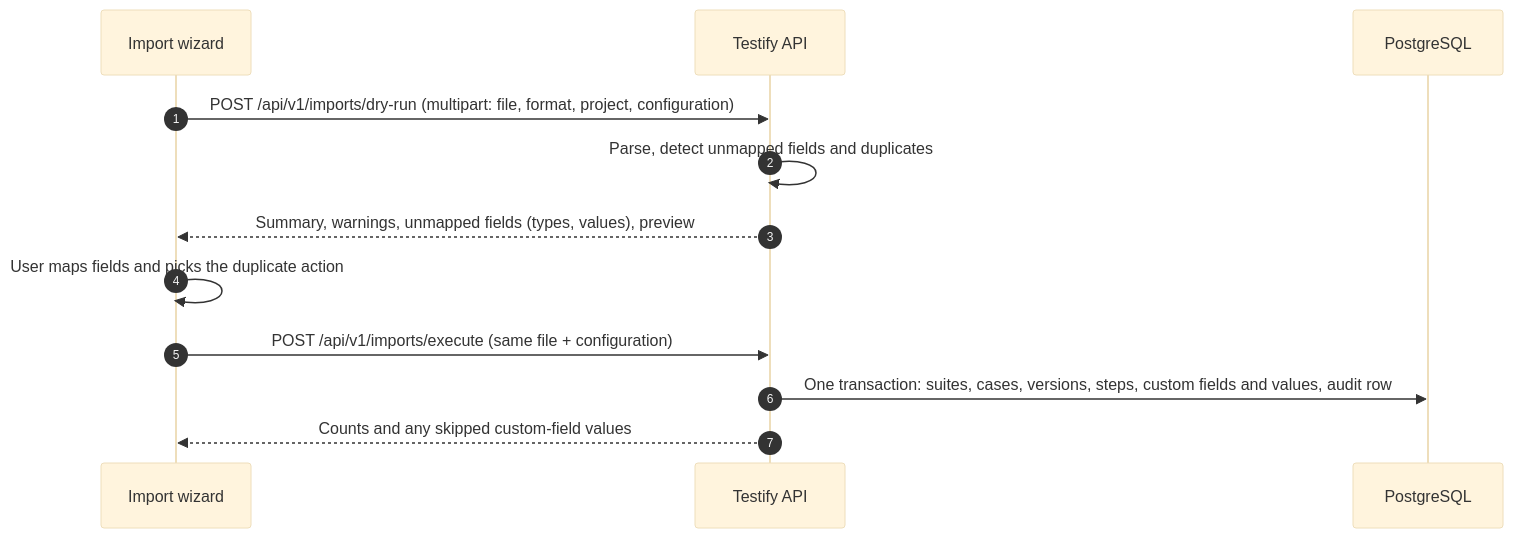
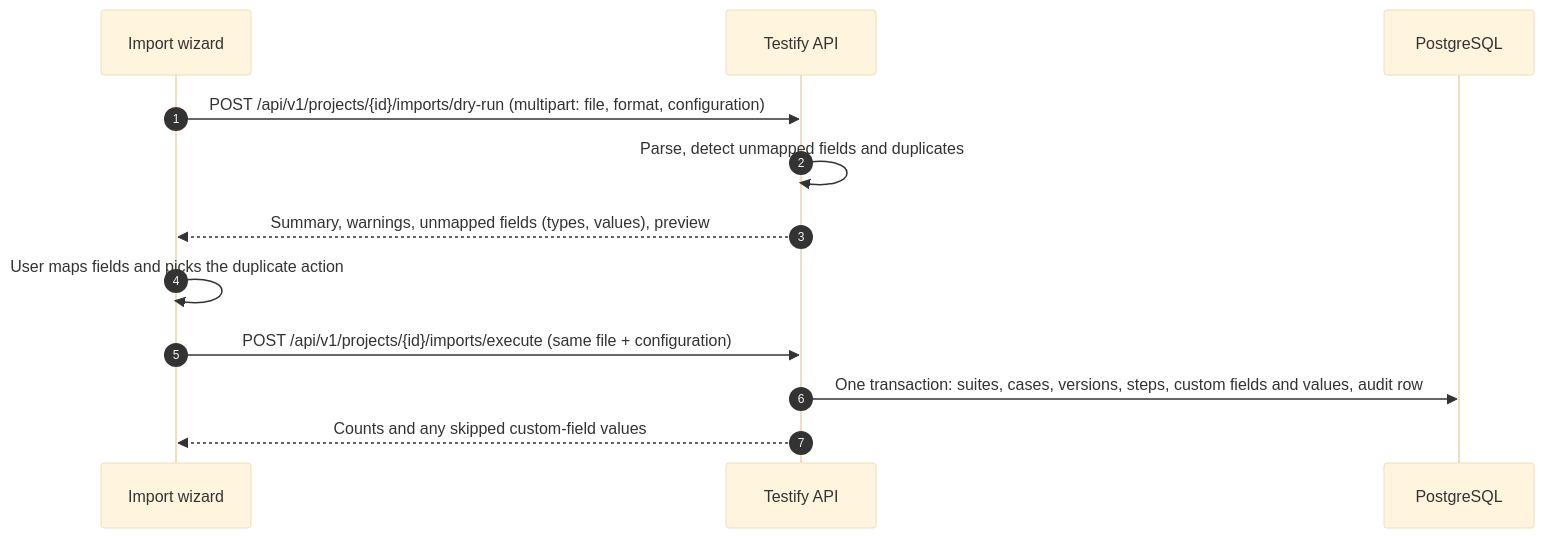
The second of 2 diagrams in docs/rfc_03_api_and_xml_contracts.md (ElliotNewtonMiller/Testify), drawn with Mermaid (base theme) before and after one commit. The commit also changed other lines of this file and 14 other files, not shown here.

````diff
--- a/docs/rfc_03_api_and_xml_contracts.md
+++ b/docs/rfc_03_api_and_xml_contracts.md
@@ -616,15 +497,15 @@
 ```mermaid
 sequenceDiagram
     autonumber
     participant UI as Import wizard
     participant API as Testify API
     participant DB as PostgreSQL
 
-    UI->>API: POST /api/v1/imports/dry-run (multipart: file, format, project, configuration)
+    UI->>API: POST /api/v1/projects/{id}/imports/dry-run (multipart: file, format, configuration)
     API->>API: Parse, detect unmapped fields and duplicates
     API-->>UI: Summary, warnings, unmapped fields (types, values), preview
     UI->>UI: User maps fields and picks the duplicate action
-    UI->>API: POST /api/v1/imports/execute (same file + configuration)
+    UI->>API: POST /api/v1/projects/{id}/imports/execute (same file + configuration)
     API->>DB: One transaction: suites, cases, versions, steps, custom fields and values, audit row
     API-->>UI: Counts and any skipped custom-field values
 ```
````
